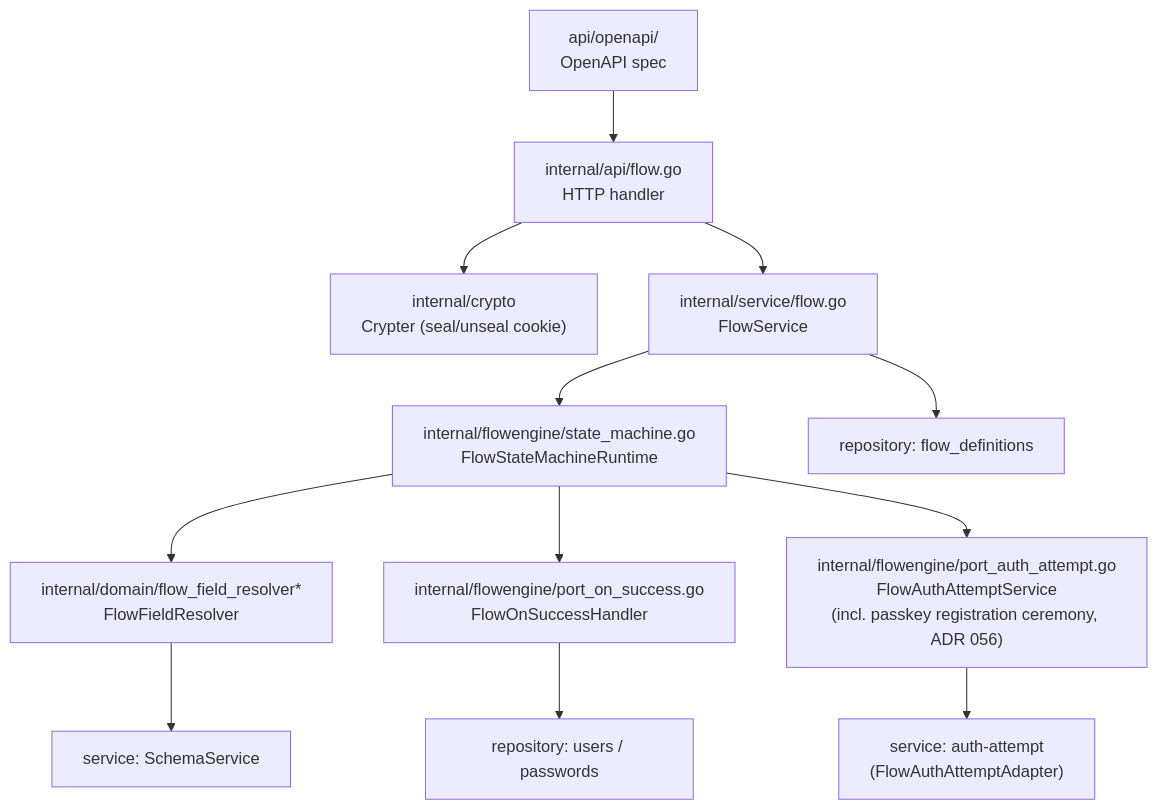
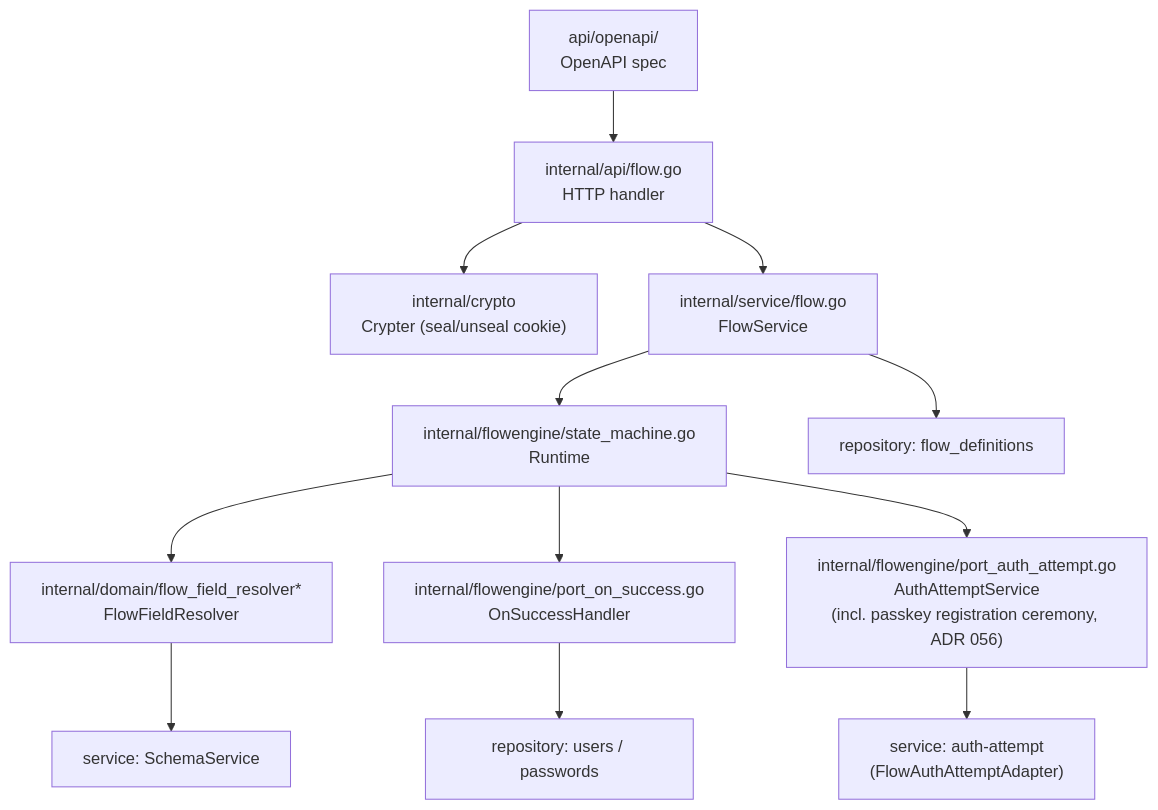
The first of 2 diagrams in docs/design/flowengine/architecture.md (zitadel/nextgen), drawn with Mermaid before and after one commit. The commit also changed other lines of this file and 80 other files, not shown here.

First line of the commit message:
refactor(api): drop the Flow prefix from flowengine identifiers

````diff
--- a/docs/design/flowengine/architecture.md
+++ b/docs/design/flowengine/architecture.md
@@ -12,28 +12,28 @@
 ```mermaid
 graph TD
     OpenAPI["api/openapi/<br>OpenAPI spec"]
     Handler["internal/api/flow.go<br>HTTP handler"]
     Crypter["internal/crypto<br>Crypter (seal/unseal cookie)"]
     Service["internal/service/flow.go<br>FlowService"]
-    SM["internal/flowengine/state_machine.go<br>FlowStateMachineRuntime"]
+    SM["internal/flowengine/state_machine.go<br>Runtime"]
     FR["internal/domain/flow_field_resolver*<br>FlowFieldResolver"]
-    OS["internal/flowengine/port_on_success.go<br>FlowOnSuccessHandler"]
-    AA["internal/flowengine/port_auth_attempt.go<br>FlowAuthAttemptService<br>(incl. passkey registration ceremony, ADR 056)"]
+    OS["internal/flowengine/port_on_success.go<br>OnSuccessHandler"]
+    AA["internal/flowengine/port_auth_attempt.go<br>AuthAttemptService<br>(incl. passkey registration ceremony, ADR 056)"]
 
     AAImpl["service: auth-attempt<br>(FlowAuthAttemptAdapter)"]
     Repo["repository: flow_definitions"]
     UserRepo["repository: users / passwords"]
     Schema["service: SchemaService"]
 
     OpenAPI --> Handler
     Handler --> Crypter
     Handler --> Service
     Service --> SM
     SM --> FR
     SM --> OS
     SM --> AA
     Service --> Repo
     FR --> Schema
     OS --> UserRepo
     AA --> AAImpl
 ```
````
